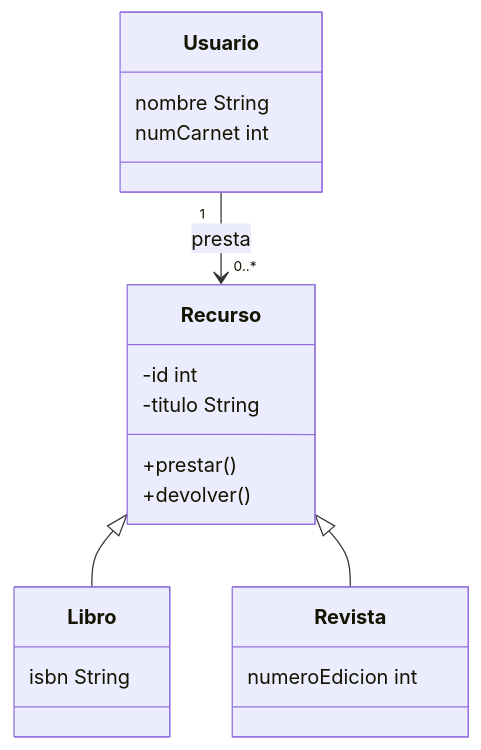
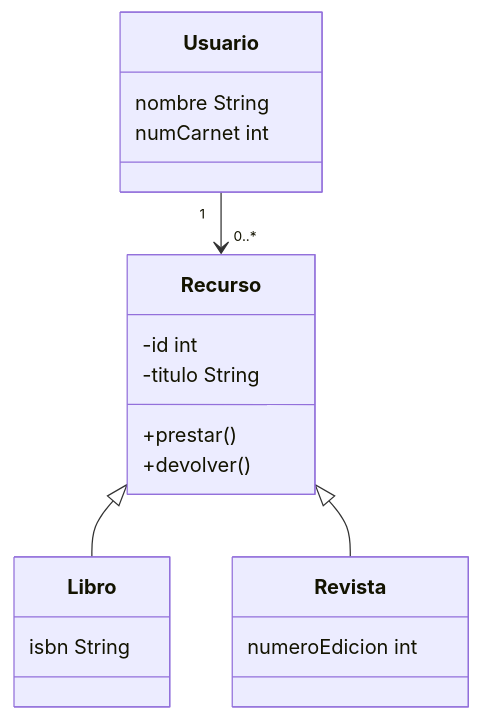
One commit to dariorumi5/6.2.BateriaDeEjercicios changed the sixth of 6 diagrams in README.md. Above: the diagram before and after it, drawn with Mermaid.

Commit message:
Fix formatting in README.md for resource relationship

````diff
--- a/README.md
+++ b/README.md
@@ -79,27 +79,27 @@
 ```mermaid
 classDiagram
     class Recurso {
         -id int
         -titulo String
         +prestar()
         +devolver()
     }
 
     class Libro {
         isbn String
     }
 
     class Revista {
         numeroEdicion int
     }
 
     class Usuario {
         nombre String
         numCarnet int
     }
 
     Recurso <|-- Libro
     Recurso <|-- Revista
 
-    Usuario "1" --> "0..*" Recurso : presta
+    Usuario "1" --> "0..*" Recurso 
 ```
````
